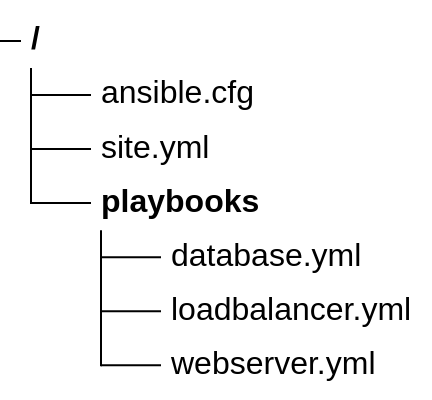
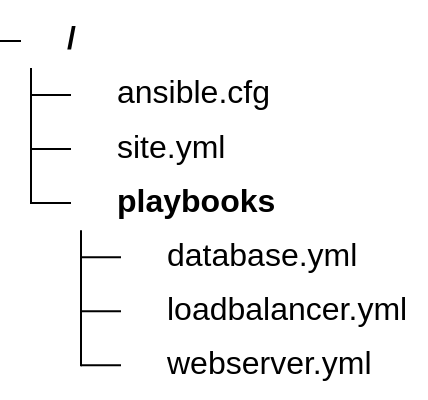
The diagram in docs/ansible/playbook.md (computacenter-com/ansible-best-practices), drawn with Mermaid before and after one commit. The commit also changed 9 other files, not shown here.

Commit message:
Added logos to all treeView diagrams. Added JS script to register icon packs.

````diff
--- a/docs/ansible/playbook.md
+++ b/docs/ansible/playbook.md
@@ -16,14 +16,19 @@
     ``` mermaid
     ---
     config:
       treeView:
-        rowIndent: 30
+        rowIndent: 20
+        defaultIconPack: vscode-icons
+        showIcons: true
+        extensionIcons:
+          .cfg: file-type-config
+          .yml: file-type-light-yaml-official
     ---
     treeView-beta
     ├── ansible.cfg
     ├── site.yml
     └── playbooks/
         ├── database.yml
         ├── loadbalancer.yml
         └── webserver.yml
     ```
````
